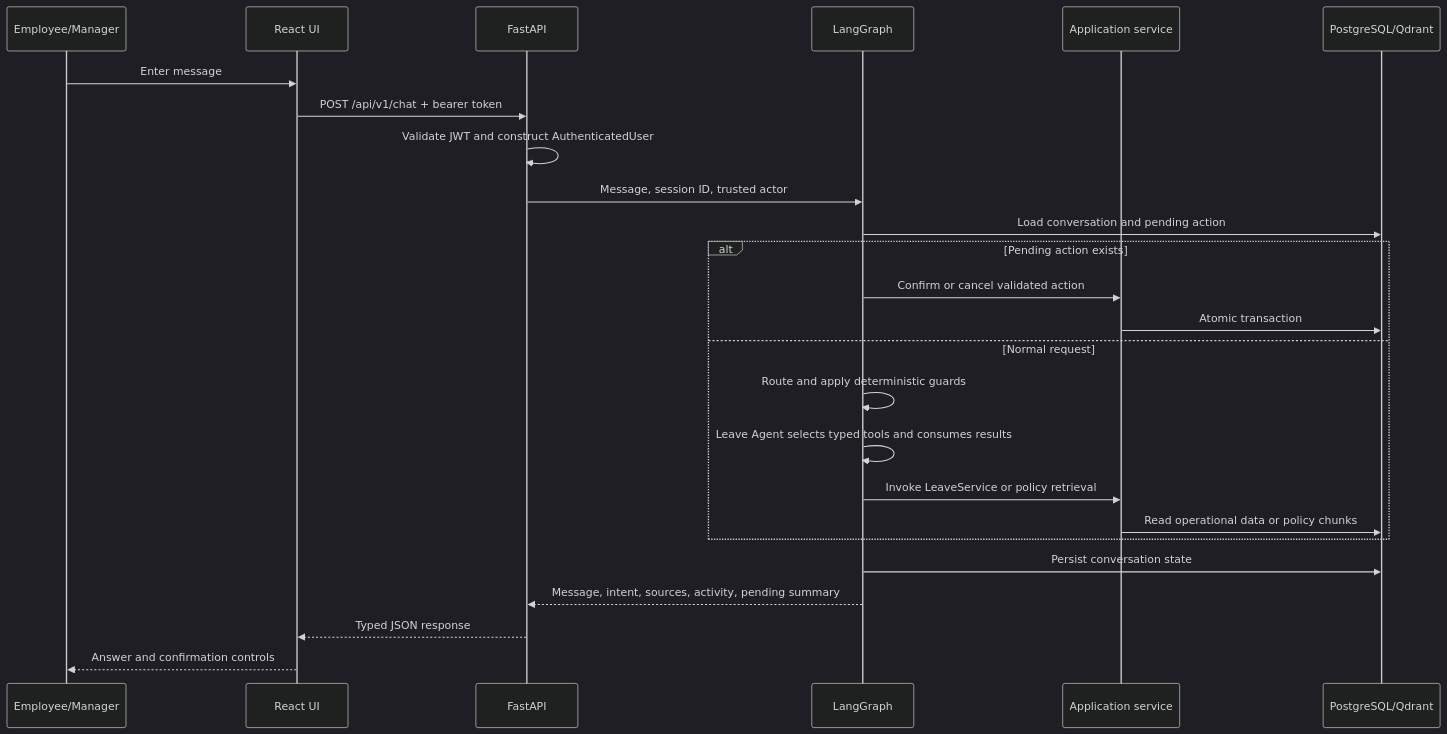
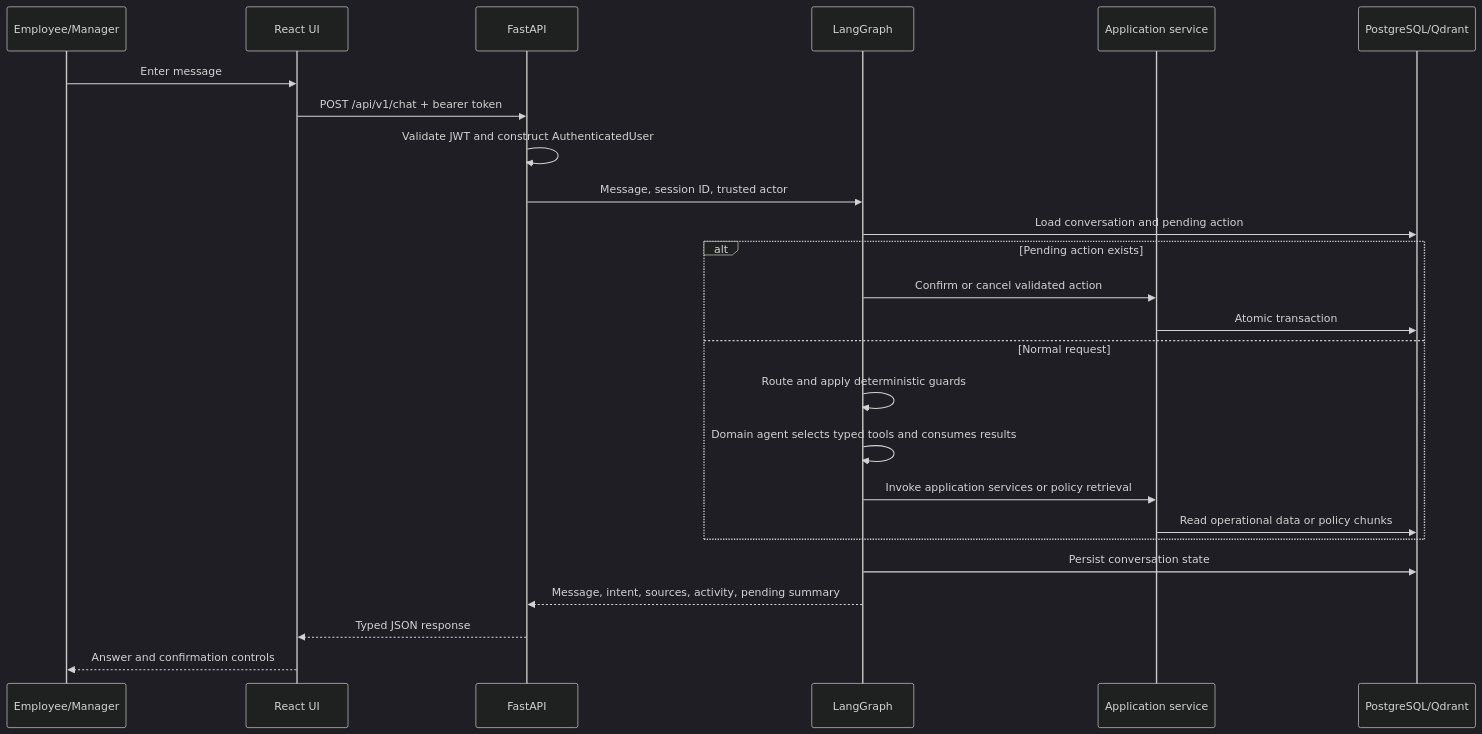
Before and after one commit to Hariharan27/Agentic-HR-Employee-Assistant: the second of 3 diagrams in ARCHITECTURE.md, drawn with Mermaid (dark theme). The commit also changed other lines of this file and 3 other files, not shown here.

First line of the commit message:
Update README, architecture, demo script and eval docs to the current system

````diff
--- a/ARCHITECTURE.md
+++ b/ARCHITECTURE.md
@@ -91,28 +91,28 @@
 ```mermaid
 sequenceDiagram
     participant U as Employee/Manager
     participant W as React UI
     participant A as FastAPI
     participant G as LangGraph
     participant S as Application service
     participant D as PostgreSQL/Qdrant
 
     U->>W: Enter message
     W->>A: POST /api/v1/chat + bearer token
     A->>A: Validate JWT and construct AuthenticatedUser
     A->>G: Message, session ID, trusted actor
     G->>D: Load conversation and pending action
     alt Pending action exists
         G->>S: Confirm or cancel validated action
         S->>D: Atomic transaction
     else Normal request
         G->>G: Route and apply deterministic guards
-        G->>G: Leave Agent selects typed tools and consumes results
-        G->>S: Invoke LeaveService or policy retrieval
+        G->>G: Domain agent selects typed tools and consumes results
+        G->>S: Invoke application services or policy retrieval
         S->>D: Read operational data or policy chunks
     end
     G->>D: Persist conversation state
     G-->>A: Message, intent, sources, activity, pending summary
     A-->>W: Typed JSON response
     W-->>U: Answer and confirmation controls
 ```
````
